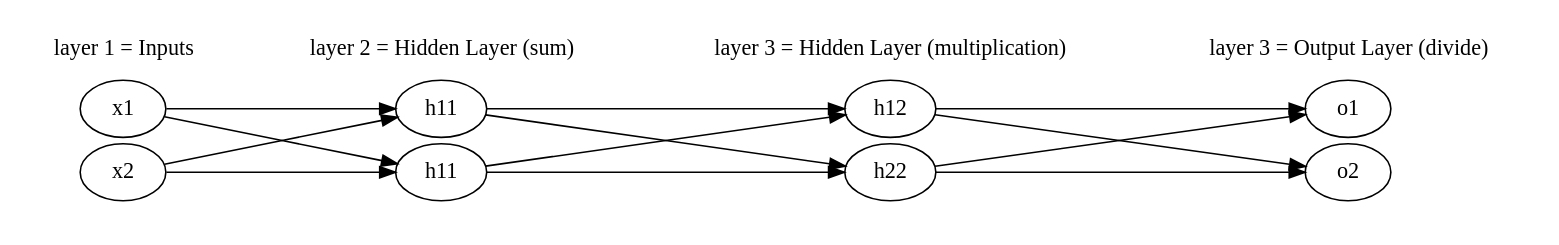
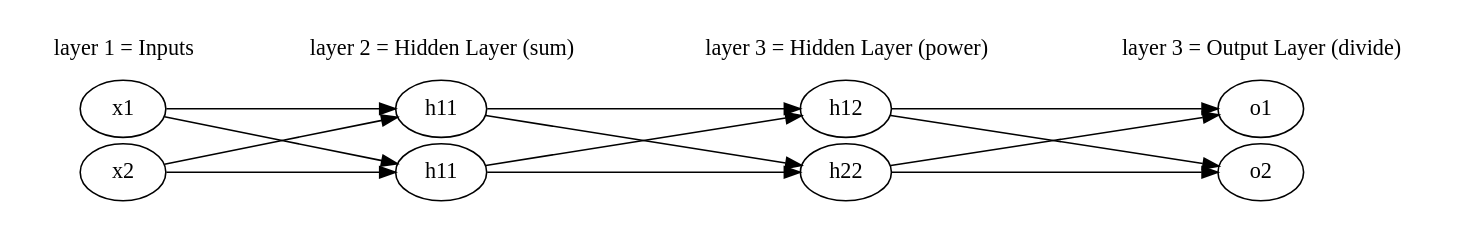
One commit to arturovivas/arturovivas.github.io changed the second of 2 diagrams in blog/Tensor-flow-001.org. Above: the diagram before and after it, drawn with Graphviz. The commit also changed other lines of this file and 2 other files, not shown here.

```diff
--- a/blog/Tensor-flow-001.org
+++ b/blog/Tensor-flow-001.org
@@ -73,67 +73,67 @@
 #+BEGIN_SRC dot :export none  :file ./img/s2.png :cmdline -Kdot -Tpng  :results output silent
   digraph G {
 
               rankdir=LR
 	      splines=line
               nodesep=.05;
               x1 [label="x1"];
               x2 [label="x2"];
 
               a12 [label="h11"];
               a22 [label="h11"];
    
               a13 [label="h12"];
               a23 [label="h22"];
   
               a14 [label="o1"];
               a24 [label="o2"];
 
 
               subgraph cluster_0 {
 		      color=white;
                       node [style=solid,color=blue4, shape=circle];
 		      x1 x2;
 		      label = "layer 1 = Inputs";
 	      }
 
 	      subgraph cluster_1 {
 		      color=white;
 		      node [style=solid,color=red2, shape=circle];
 		      a12 a22;
 		      label = "layer 2 = Hidden Layer (sum)";
 	      }
 
               subgraph cluster_3 {
 		      color=white;
 		      node [style=solid,color=red2, shape=circle];
 		      a13 a23;
-		      label = "layer 3 = Hidden Layer (multiplication)";
+		      label = "layer 3 = Hidden Layer (power)";
 	      }
 
              subgraph cluster_4 {
 		      color=white;
 		      node [style=solid,color=red2, shape=circle];
 		      a14 a24;
 		      label = "layer 3 = Output Layer (divide)";
 	      }
 
             x1 -> a12;
             x1 -> a22;
 
             x2 -> a12;
             x2 -> a22;
              
             a12 -> a13;
             a12 -> a23;
 
             a22 -> a13;  
             a22 -> a23;            
 
             a13 -> a14;
             a13 -> a24;
 
             a23 -> a14;
             a23 -> a24; 
     }
 
 #+END_SRC
```
